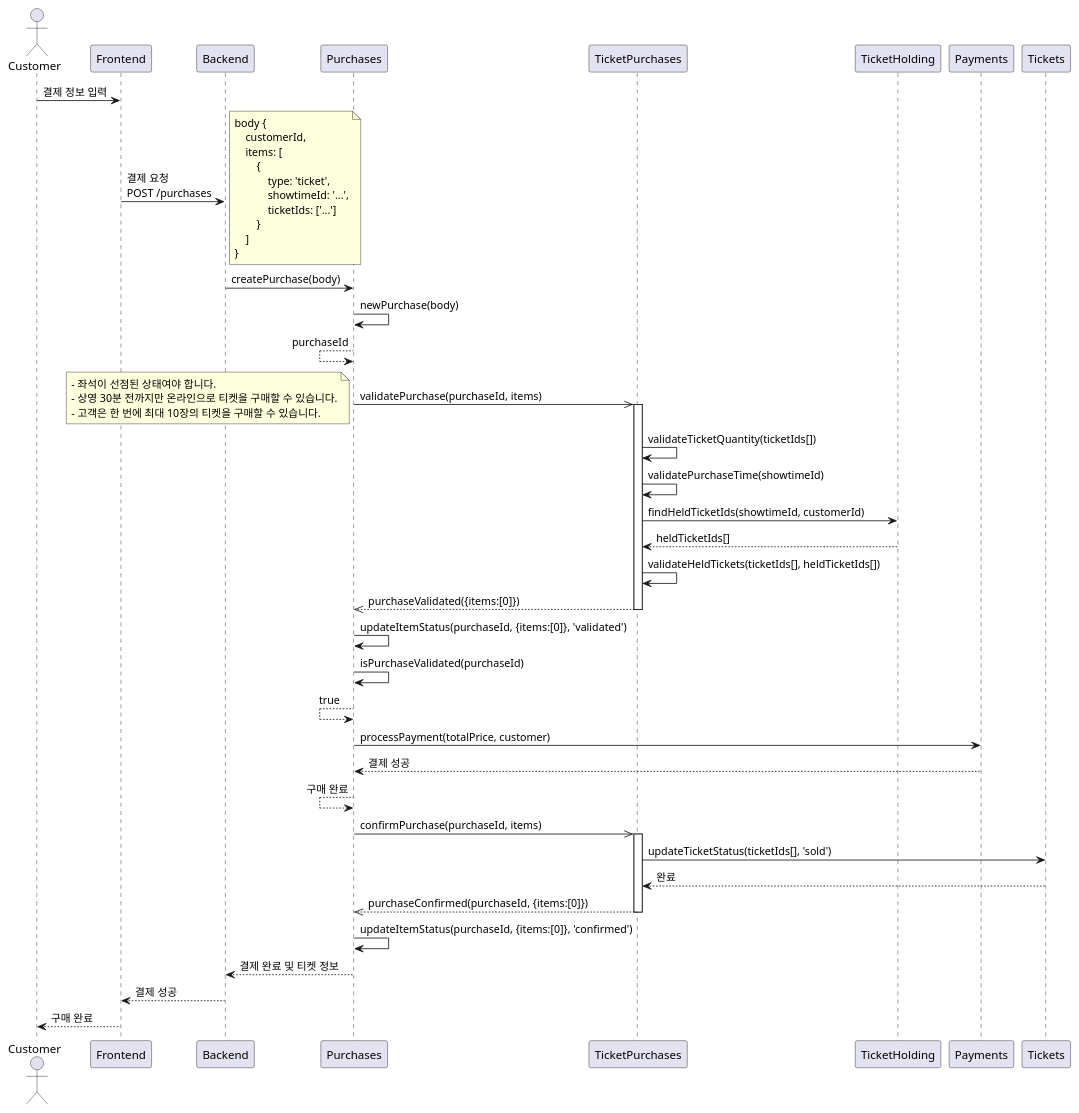
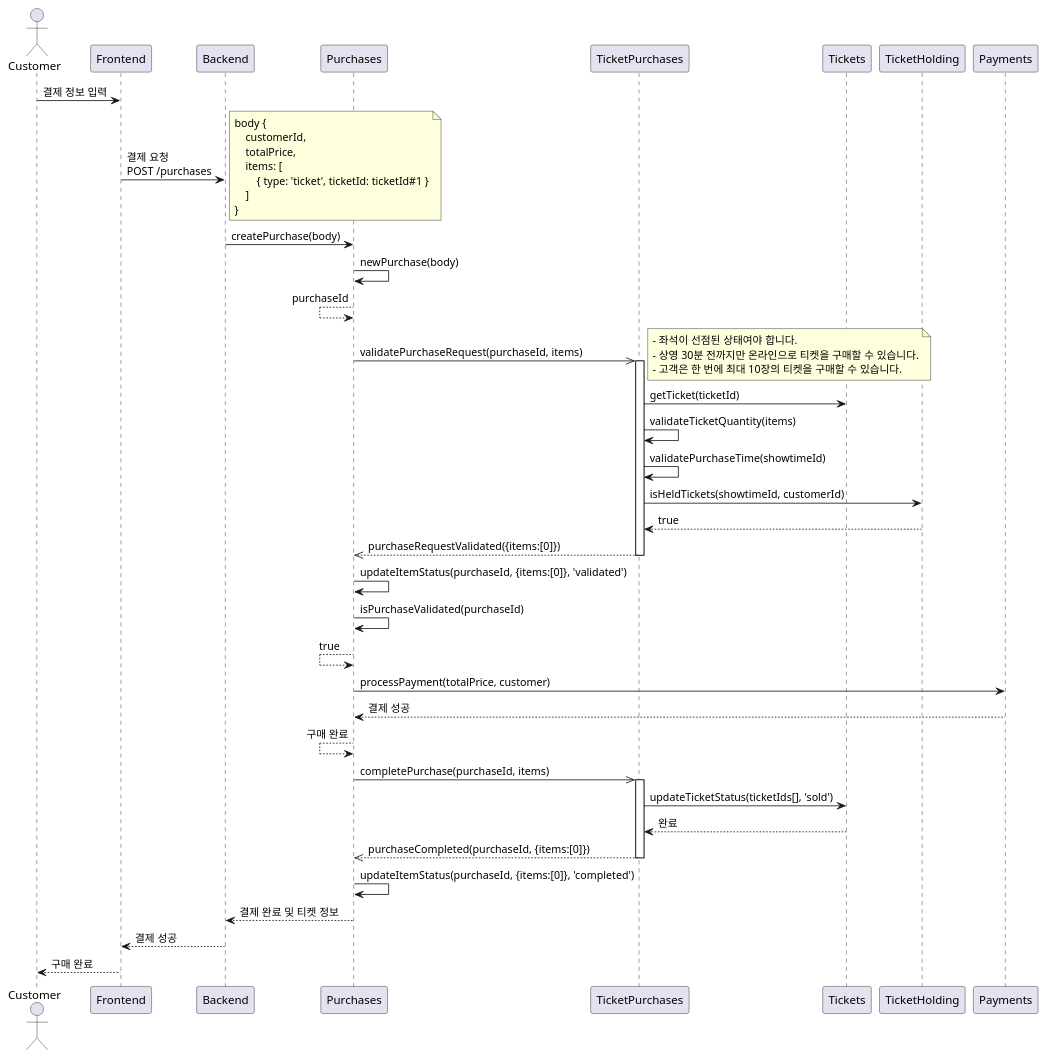
Before and after one commit to mannercode/nest-seed: the third of 3 diagrams in docs/tickets-purchase.md, drawn with PlantUML. The commit also changed other lines of this file, not shown here.

Commit message:
tickets-purchase 설계 업데이트

````diff
--- a/docs/tickets-purchase.md
+++ b/docs/tickets-purchase.md
@@ -173,53 +173,50 @@
 ```plantuml
 @startuml
 actor Customer
 
 Customer -> Frontend: 결제 정보 입력
     Frontend -> Backend: 결제 요청\nPOST /purchases
     note right
     body {
         customerId,
+        totalPrice,
         items: [
-            {
-                type: 'ticket',
-                showtimeId: '...',
-                ticketIds: ['...']
-            }
+            { type: 'ticket', ticketId: ticketId#1 }
         ]
     }
     end note
         Backend -> Purchases: createPurchase(body)
             Purchases -> Purchases: newPurchase(body)
             Purchases <-- Purchases: purchaseId
-            Purchases ->> TicketPurchases: validatePurchase(purchaseId, items)
+            Purchases ->> TicketPurchases: validatePurchaseRequest(purchaseId, items)
             activate TicketPurchases
-            note left
+            note right
                 - 좌석이 선점된 상태여야 합니다.
                 - 상영 30분 전까지만 온라인으로 티켓을 구매할 수 있습니다.
                 - 고객은 한 번에 최대 10장의 티켓을 구매할 수 있습니다.
             end note
-            TicketPurchases -> TicketPurchases: validateTicketQuantity(ticketIds[])
+            TicketPurchases -> Tickets: getTicket(ticketId)
+            TicketPurchases -> TicketPurchases: validateTicketQuantity(items)
             TicketPurchases -> TicketPurchases: validatePurchaseTime(showtimeId)
-            TicketPurchases -> TicketHolding: findHeldTicketIds(showtimeId, customerId)
-            TicketPurchases <-- TicketHolding: heldTicketIds[]
-            TicketPurchases -> TicketPurchases: validateHeldTickets(ticketIds[], heldTicketIds[])
-            Purchases <<-- TicketPurchases: purchaseValidated({items:[0]})
+            TicketPurchases -> TicketHolding: isHeldTickets(showtimeId, customerId)
+            TicketPurchases <-- TicketHolding: true
+            Purchases <<-- TicketPurchases: purchaseRequestValidated({items:[0]})
             deactivate TicketPurchases
             Purchases -> Purchases: updateItemStatus(purchaseId, {items:[0]}, 'validated')
             Purchases -> Purchases: isPurchaseValidated(purchaseId)
             Purchases <-- Purchases: true
             Purchases -> Payments: processPayment(totalPrice, customer)
             Purchases <-- Payments: 결제 성공
             Purchases <-- Purchases: 구매 완료
-            Purchases ->> TicketPurchases: confirmPurchase(purchaseId, items)
+            Purchases ->> TicketPurchases: completePurchase(purchaseId, items)
             activate TicketPurchases
-            TicketPurchases -> Tickets: updateTicketStatus(ticketIds[], 'sold')
-            TicketPurchases <-- Tickets: 완료
-            Purchases <<-- TicketPurchases: purchaseConfirmed(purchaseId, {items:[0]})
+                TicketPurchases -> Tickets: updateTicketStatus(ticketIds[], 'sold')
+                TicketPurchases <-- Tickets: 완료
+            Purchases <<-- TicketPurchases: purchaseCompleted(purchaseId, {items:[0]})
             deactivate TicketPurchases
-            Purchases -> Purchases: updateItemStatus(purchaseId, {items:[0]}, 'confirmed')
+            Purchases -> Purchases: updateItemStatus(purchaseId, {items:[0]}, 'completed')
         Backend <-- Purchases: 결제 완료 및 티켓 정보
     Frontend <-- Backend: 결제 성공
 Customer <-- Frontend: 구매 완료
 @enduml
 ```
````
